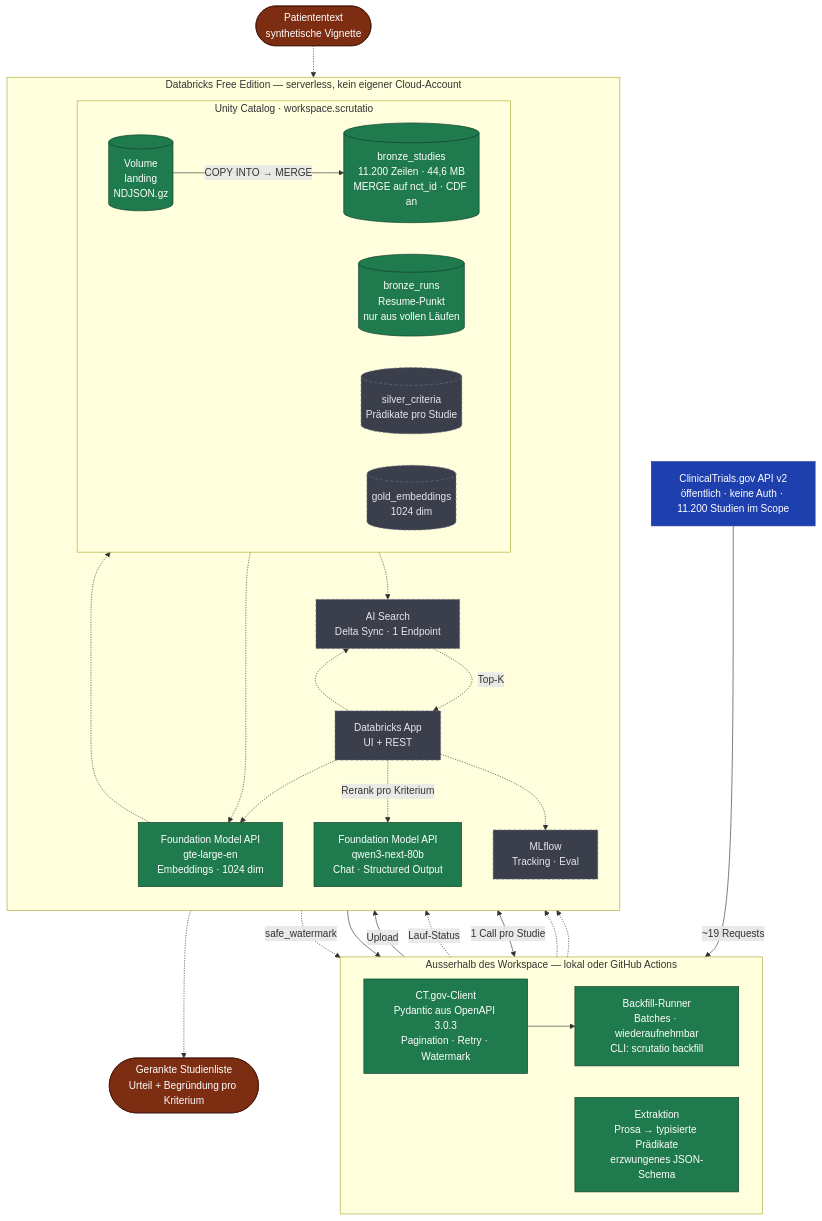
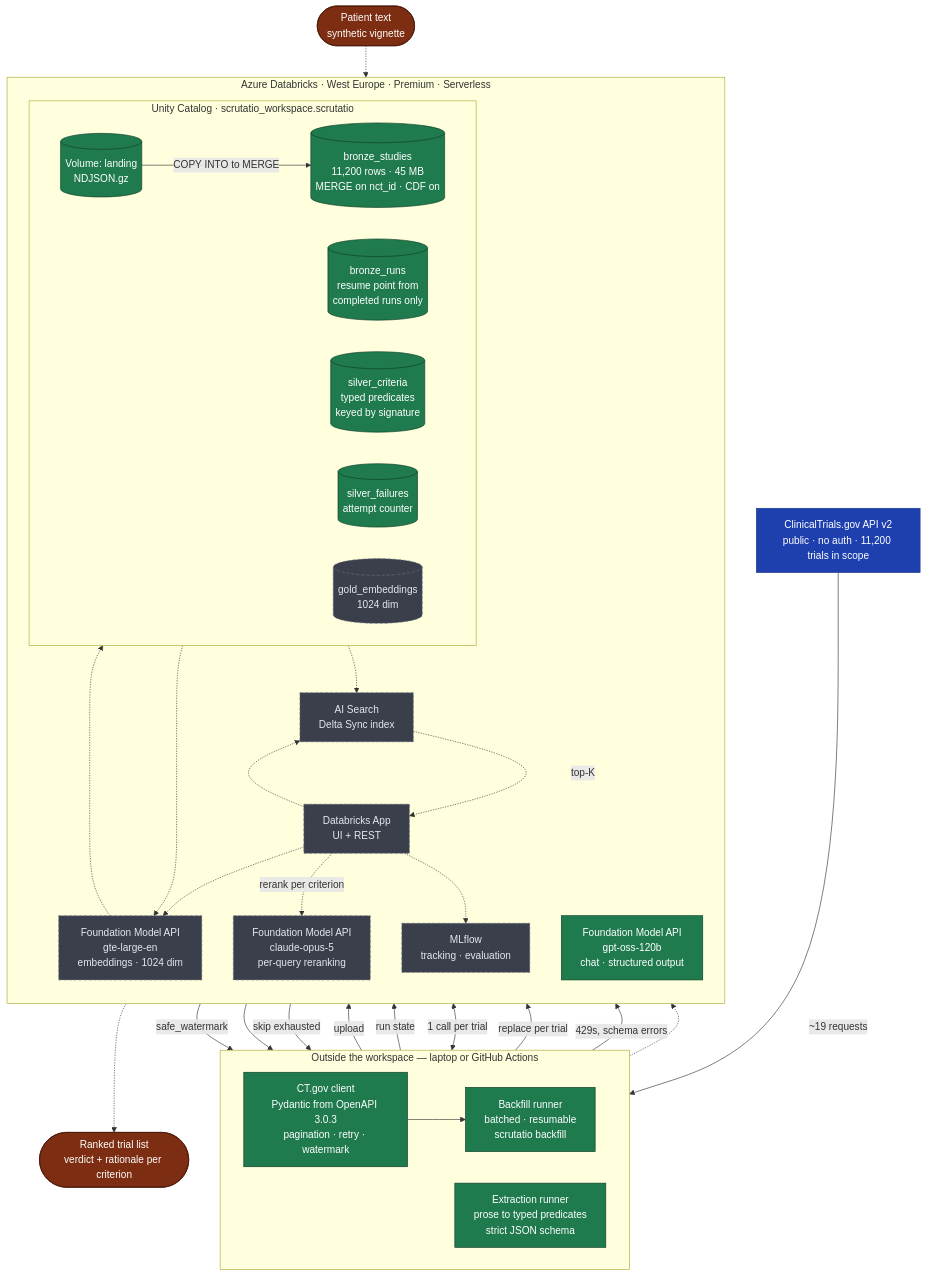
Before and after one commit to AlsoTheZv3n/scrutatio: the diagram in README.md, drawn with Mermaid. The commit also changed other lines of this file and 9 other files, not shown here.

````diff
--- a/README.md
+++ b/README.md
@@ -39,66 +39,70 @@
 ```mermaid
 flowchart TB
-    CTG["ClinicalTrials.gov API v2<br/>öffentlich · keine Auth · 11.200 Studien im Scope"]
+    CTG["ClinicalTrials.gov API v2<br/>public · no auth · 11,200 trials in scope"]
 
-    subgraph EXT ["Ausserhalb des Workspace — lokal oder GitHub Actions"]
+    subgraph EXT ["Outside the workspace — laptop or GitHub Actions"]
         direction LR
-        CLIENT["CT.gov-Client<br/>Pydantic aus OpenAPI 3.0.3<br/>Pagination · Retry · Watermark"]
-        RUNNER["Backfill-Runner<br/>Batches · wiederaufnehmbar<br/>CLI: scrutatio backfill"]
-        EXTRACT["Extraktion<br/>Prosa → typisierte Prädikate<br/>erzwungenes JSON-Schema"]
+        CLIENT["CT.gov client<br/>Pydantic from OpenAPI 3.0.3<br/>pagination · retry · watermark"]
+        RUNNER["Backfill runner<br/>batched · resumable<br/>scrutatio backfill"]
+        EXTRACT["Extraction runner<br/>prose to typed predicates<br/>strict JSON schema"]
     end
 
-    subgraph DBX ["Databricks Free Edition — serverless, kein eigener Cloud-Account"]
+    subgraph DBX ["Azure Databricks · West Europe · Premium · Serverless"]
         direction TB
 
-        subgraph UC ["Unity Catalog · workspace.scrutatio"]
+        subgraph UC ["Unity Catalog · scrutatio_workspace.scrutatio"]
             direction LR
-            VOL[("Volume<br/>landing<br/>NDJSON.gz")]
-            BRONZE[("bronze_studies<br/>11.200 Zeilen · 44,6 MB<br/>MERGE auf nct_id · CDF an")]
-            RUNS[("bronze_runs<br/>Resume-Punkt<br/>nur aus vollen Läufen")]
-            SILVER[("silver_criteria<br/>Prädikate pro Studie")]
+            VOL[("Volume: landing<br/>NDJSON.gz")]
+            BRONZE[("bronze_studies<br/>11,200 rows · 45 MB<br/>MERGE on nct_id · CDF on")]
+            RUNS[("bronze_runs<br/>resume point from<br/>completed runs only")]
+            SILVER[("silver_criteria<br/>typed predicates<br/>keyed by signature")]
+            FAILED[("silver_failures<br/>attempt counter")]
             GOLD[("gold_embeddings<br/>1024 dim")]
         end
 
-        FMCHAT["Foundation Model API<br/>qwen3-next-80b<br/>Chat · Structured Output"]
-        FMEMB["Foundation Model API<br/>gte-large-en<br/>Embeddings · 1024 dim"]
-        VS["AI Search<br/>Delta Sync · 1 Endpoint"]
-        MLF["MLflow<br/>Tracking · Eval"]
+        FMCHAT["Foundation Model API<br/>gpt-oss-120b<br/>chat · structured output"]
+        FMEMB["Foundation Model API<br/>gte-large-en<br/>embeddings · 1024 dim"]
+        VS["AI Search<br/>Delta Sync index"]
+        MLF["MLflow<br/>tracking · evaluation"]
         APP["Databricks App<br/>UI + REST"]
+        CLAUDE["Foundation Model API<br/>claude-opus-5<br/>per-query reranking"]
     end
 
-    USER(["Patiententext<br/>synthetische Vignette"])
-    OUT(["Gerankte Studienliste<br/>Urteil + Begründung pro Kriterium"])
+    USER(["Patient text<br/>synthetic vignette"])
+    OUT(["Ranked trial list<br/>verdict + rationale per criterion"])
 
-    CTG -->|"~19 Requests"| CLIENT
+    CTG -->|"~19 requests"| CLIENT
     CLIENT --> RUNNER
-    RUNNER -->|"Upload"| VOL
-    VOL -->|"COPY INTO → MERGE"| BRONZE
-    RUNNER -.->|"Lauf-Status"| RUNS
-    RUNS -.->|"safe_watermark"| RUNNER
+    RUNNER -->|"upload"| VOL
+    VOL -->|"COPY INTO to MERGE"| BRONZE
+    RUNNER -->|"run state"| RUNS
+    RUNS -->|"safe_watermark"| RUNNER
 
     BRONZE --> EXTRACT
-    EXTRACT <-->|"1 Call pro Studie"| FMCHAT
-    EXTRACT -.-> SILVER
+    EXTRACT <-->|"1 call per trial"| FMCHAT
+    EXTRACT -->|"replace per trial"| SILVER
+    EXTRACT -->|"429s, schema errors"| FAILED
+    FAILED -->|"skip exhausted"| EXTRACT
     SILVER -.-> FMEMB
     FMEMB -.-> GOLD
     GOLD -.-> VS
 
     USER -.-> APP
     APP -.-> FMEMB
     APP -.-> VS
-    VS -.->|"Top-K"| APP
-    APP -.->|"Rerank pro Kriterium"| FMCHAT
+    VS -.->|"top-K"| APP
+    APP -.->|"rerank per criterion"| CLAUDE
     APP -.-> OUT
     APP -.-> MLF
     EXTRACT -.-> MLF
 
     classDef built fill:#1f7a4d,stroke:#0d3d26,color:#fff
     classDef planned fill:#3a3f4b,stroke:#6b7280,color:#e5e7eb,stroke-dasharray:5 3
     classDef ext fill:#1e40af,stroke:#1e3a8a,color:#fff
     classDef io fill:#7c2d12,stroke:#431407,color:#fff
 
-    class CLIENT,RUNNER,EXTRACT,VOL,BRONZE,RUNS,FMCHAT,FMEMB built
-    class SILVER,GOLD,VS,MLF,APP planned
+    class CLIENT,RUNNER,EXTRACT,VOL,BRONZE,RUNS,SILVER,FAILED,FMCHAT built
+    class GOLD,FMEMB,VS,MLF,APP,CLAUDE planned
     class CTG ext
     class USER,OUT io
 ```
````
